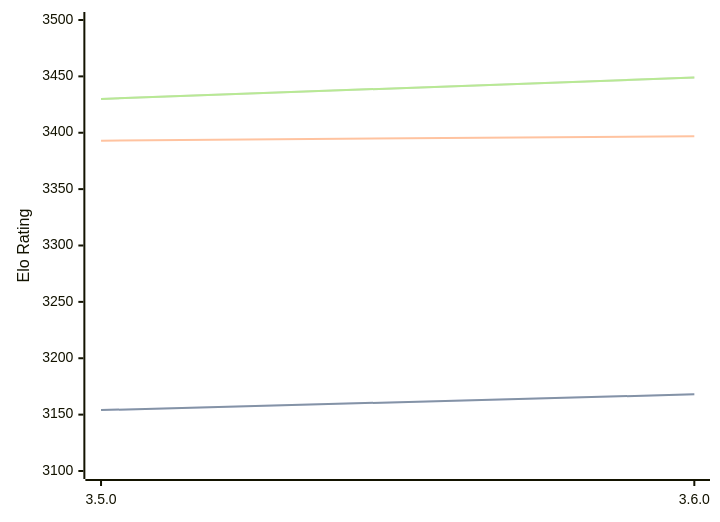
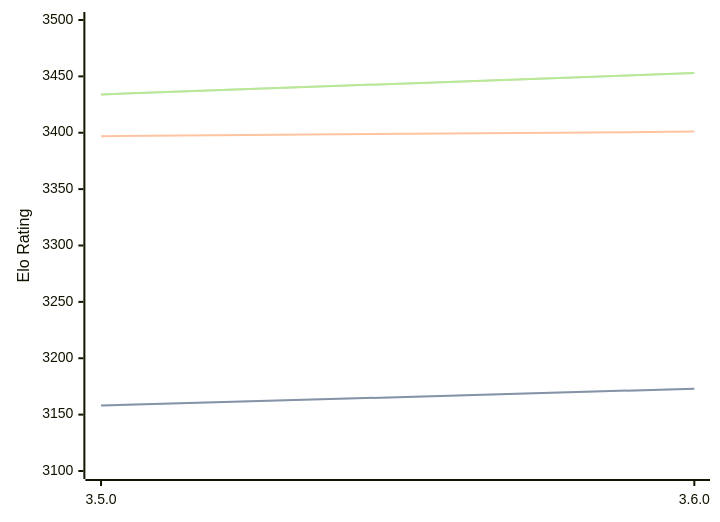
One commit to computer-chess-index/cci changed the diagram in engines/Igel.md. Above: the diagram before and after it, drawn with Mermaid. The commit also changed other lines of this file, not shown here.

Commit message:
Update CCI Ratings (ELO VLTC) - 2026-08-18

````diff
--- a/engines/Igel.md
+++ b/engines/Igel.md
@@ -32,11 +32,11 @@
 ```mermaid
 %%{init: {"theme":"base","themeVariables":{"seriesColors:['#a3a3a3','#222221','#faa371']}}}%%
 xychart-beta
   x-axis ["3.5.0", "3.6.0"]
   y-axis "Elo Rating" 3100 --> 3500
-  line "STC (8.0+0.08s)" [3154, 3168]
-  line "STC (8.0+0.08s)" [3154, 3168]
-  line "LTC (60.0+0.60s)" [3393, 3397]
-  line "VLTC (2m24s+1.12s)" [3430, 3449]
-  line "VLTC (2m24s+1.12s)" [3430, 3449]
+  line "STC (8.0+0.08s)" [3158, 3173]
+  line "STC (8.0+0.08s)" [3158, 3173]
+  line "LTC (60.0+0.60s)" [3397, 3401]
+  line "VLTC (2m24s+1.12s)" [3434, 3453]
+  line "VLTC (2m24s+1.12s)" [3434, 3453]
 ```
````
